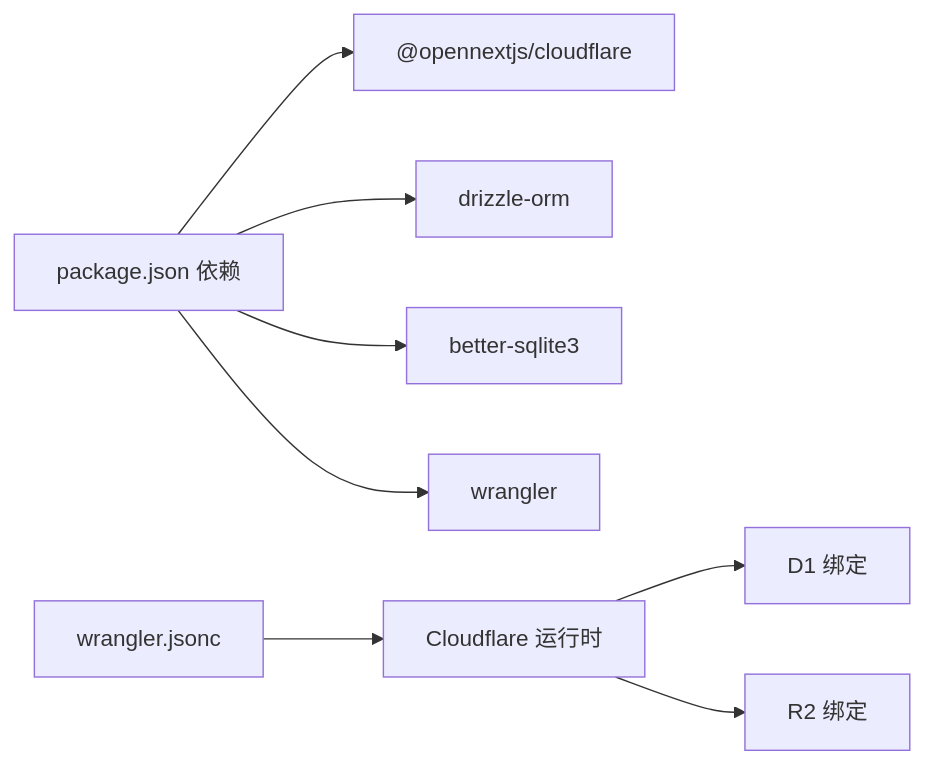
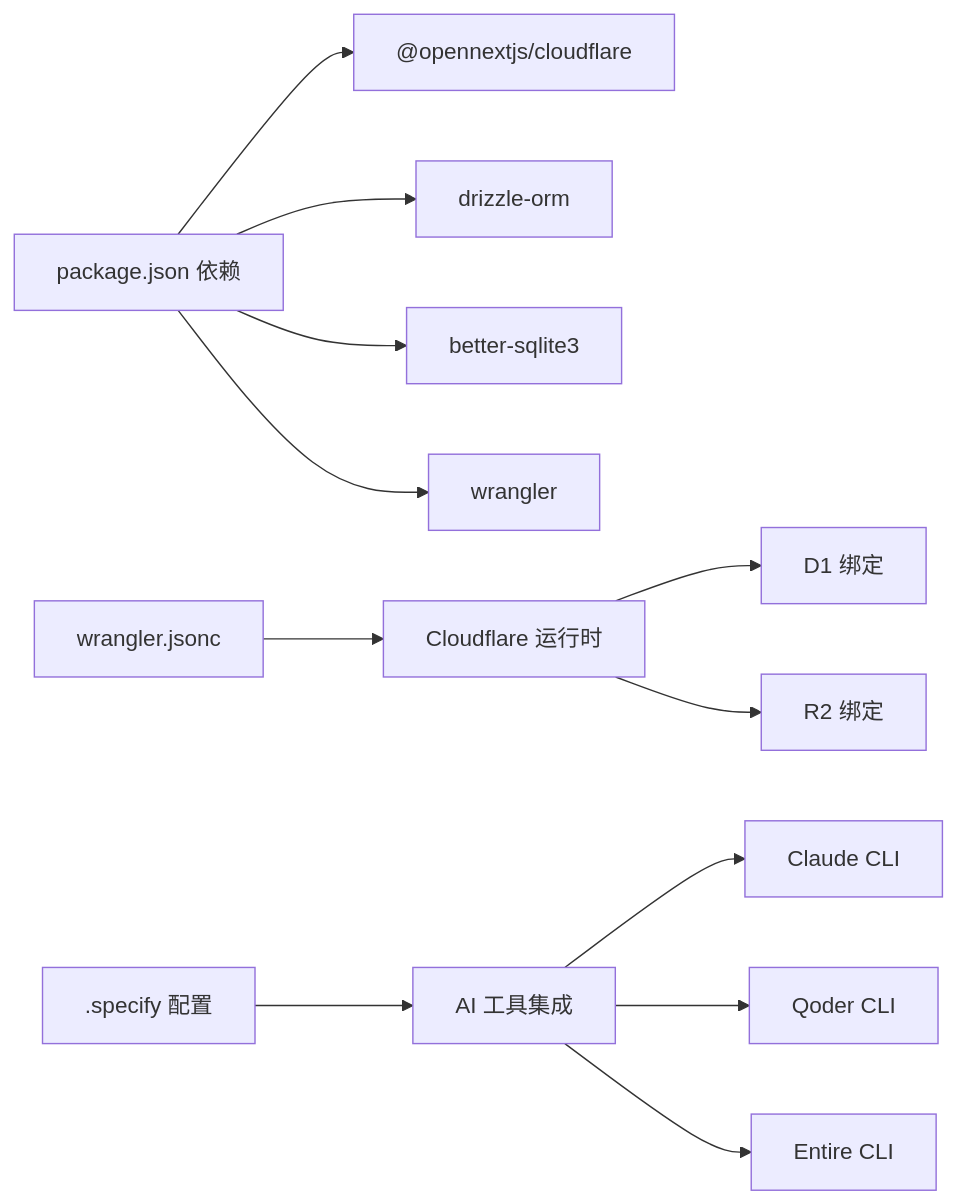
The sixth of 6 diagrams in .qoder/repowiki/zh/content/开发指南/扩展开发/第三方服务集成.md (pnnh/weable), drawn with Mermaid before and after one commit. The commit also changed other lines of this file and 159 other files, not shown here.

````diff
--- a/.qoder/repowiki/zh/content/开发指南/扩展开发/第三方服务集成.md
+++ b/.qoder/repowiki/zh/content/开发指南/扩展开发/第三方服务集成.md
@@ -225,10 +296,14 @@
 ```mermaid
 graph LR
 Pkg["package.json 依赖"] --> ONC["@opennextjs/cloudflare"]
 Pkg --> ORM["drizzle-orm"]
 Pkg --> D1["better-sqlite3"]
 Pkg --> W["wrangler"]
 Conf["wrangler.jsonc"] --> Runtime["Cloudflare 运行时"]
 Runtime --> D1Bind["D1 绑定"]
 Runtime --> R2Bind["R2 绑定"]
+Spec[".specify 配置"] --> AI["AI 工具集成"]
+AI --> Claude["Claude CLI"]
+AI --> Qoder["Qoder CLI"]
+AI --> Entire["Entire CLI"]
 ```
````
